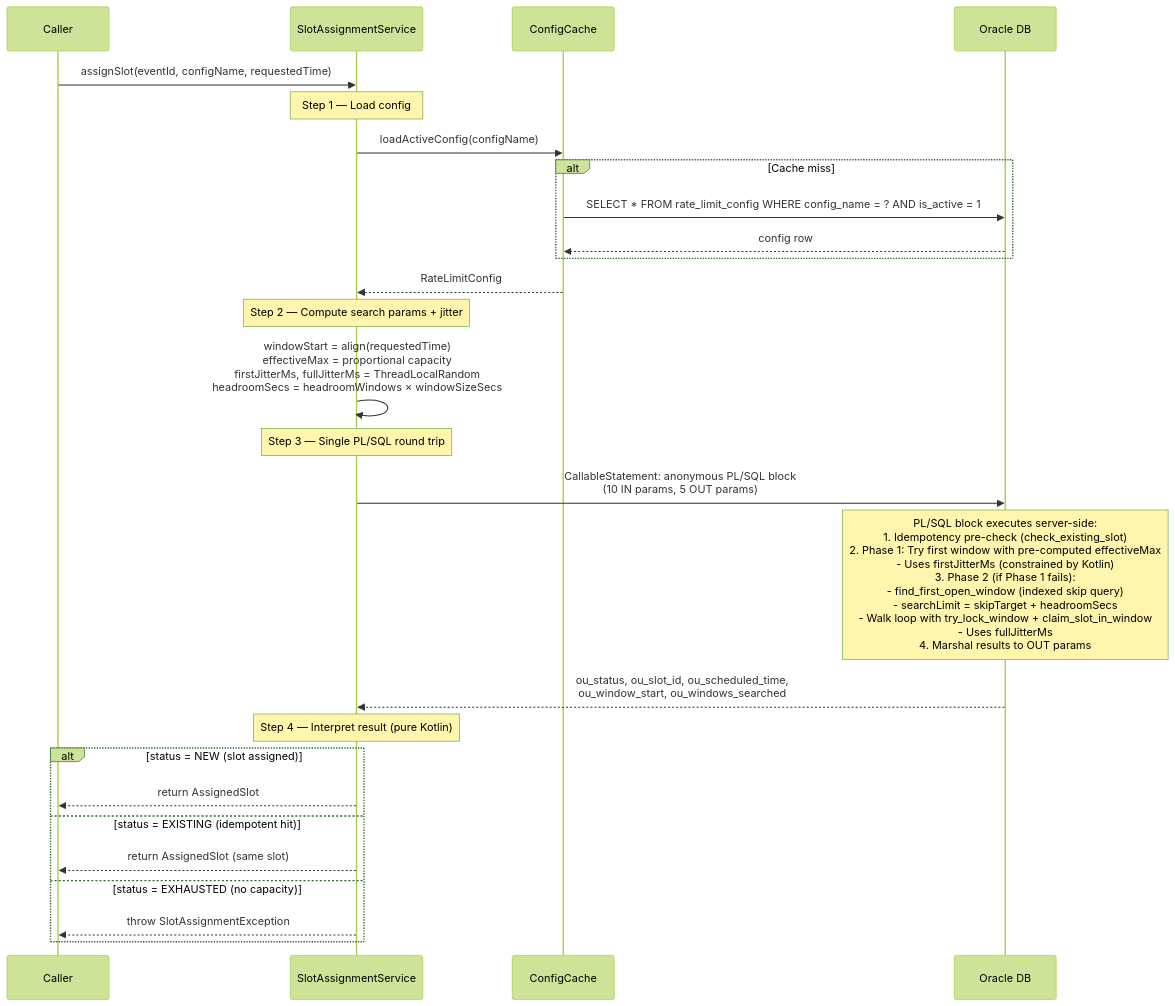
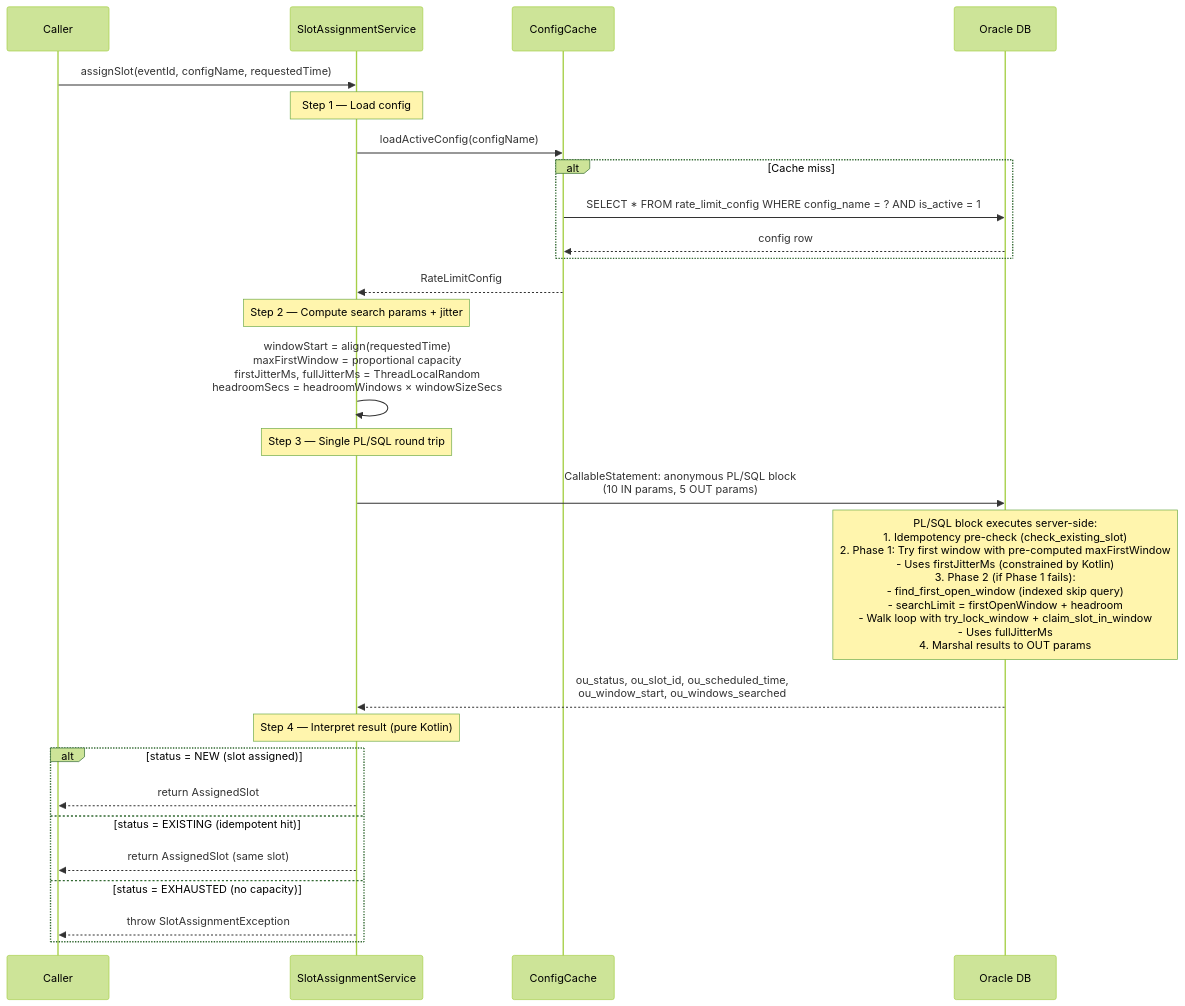
Before and after one commit to arunav-bhattacharya/rate-limiter: the first of 2 diagrams in README.md, drawn with Mermaid (forest theme). The commit also changed other lines of this file and 4 other files, not shown here.

Commit message:
Refactor: Update documentation and variable names in plan.md, presentation.html, README.md, SlotAssignmentService.kt, and SlotAssignmentSql.kt for clarity on dynamic search limits and proportional capacity handling

````diff
--- a/README.md
+++ b/README.md
@@ -261,36 +261,36 @@
 ```mermaid
 sequenceDiagram
     participant Caller
     participant SAS as SlotAssignmentService
     participant Cache as ConfigCache
     participant DB as Oracle DB
 
     Caller->>SAS: assignSlot(eventId, configName, requestedTime)
 
     Note over SAS: Step 1 — Load config
     SAS->>Cache: loadActiveConfig(configName)
     alt Cache miss
         Cache->>DB: SELECT * FROM rate_limit_config WHERE config_name = ? AND is_active = 1
         DB-->>Cache: config row
     end
     Cache-->>SAS: RateLimitConfig
 
     Note over SAS: Step 2 — Compute search params + jitter
-    SAS->>SAS: windowStart = align(requestedTime)<br/>effectiveMax = proportional capacity<br/>firstJitterMs, fullJitterMs = ThreadLocalRandom<br/>headroomSecs = headroomWindows × windowSizeSecs
+    SAS->>SAS: windowStart = align(requestedTime)<br/>maxFirstWindow = proportional capacity<br/>firstJitterMs, fullJitterMs = ThreadLocalRandom<br/>headroomSecs = headroomWindows × windowSizeSecs
 
     Note over SAS: Step 3 — Single PL/SQL round trip
     SAS->>DB: CallableStatement: anonymous PL/SQL block<br/>(10 IN params, 5 OUT params)
 
-    Note over DB: PL/SQL block executes server-side:<br/>1. Idempotency pre-check (check_existing_slot)<br/>2. Phase 1: Try first window with pre-computed effectiveMax<br/>   - Uses firstJitterMs (constrained by Kotlin)<br/>3. Phase 2 (if Phase 1 fails):<br/>   - find_first_open_window (indexed skip query)<br/>   - searchLimit = skipTarget + headroomSecs<br/>   - Walk loop with try_lock_window + claim_slot_in_window<br/>   - Uses fullJitterMs<br/>4. Marshal results to OUT params
+    Note over DB: PL/SQL block executes server-side:<br/>1. Idempotency pre-check (check_existing_slot)<br/>2. Phase 1: Try first window with pre-computed maxFirstWindow<br/>   - Uses firstJitterMs (constrained by Kotlin)<br/>3. Phase 2 (if Phase 1 fails):<br/>   - find_first_open_window (indexed skip query)<br/>   - searchLimit = firstOpenWindow + headroom<br/>   - Walk loop with try_lock_window + claim_slot_in_window<br/>   - Uses fullJitterMs<br/>4. Marshal results to OUT params
 
     DB-->>SAS: ou_status, ou_slot_id, ou_scheduled_time,<br/>ou_window_start, ou_windows_searched
 
     Note over SAS: Step 4 — Interpret result (pure Kotlin)
     alt status = NEW (slot assigned)
         SAS-->>Caller: return AssignedSlot
     else status = EXISTING (idempotent hit)
         SAS-->>Caller: return AssignedSlot (same slot)
     else status = EXHAUSTED (no capacity)
         SAS-->>Caller: throw SlotAssignmentException
     end
 ```
````
